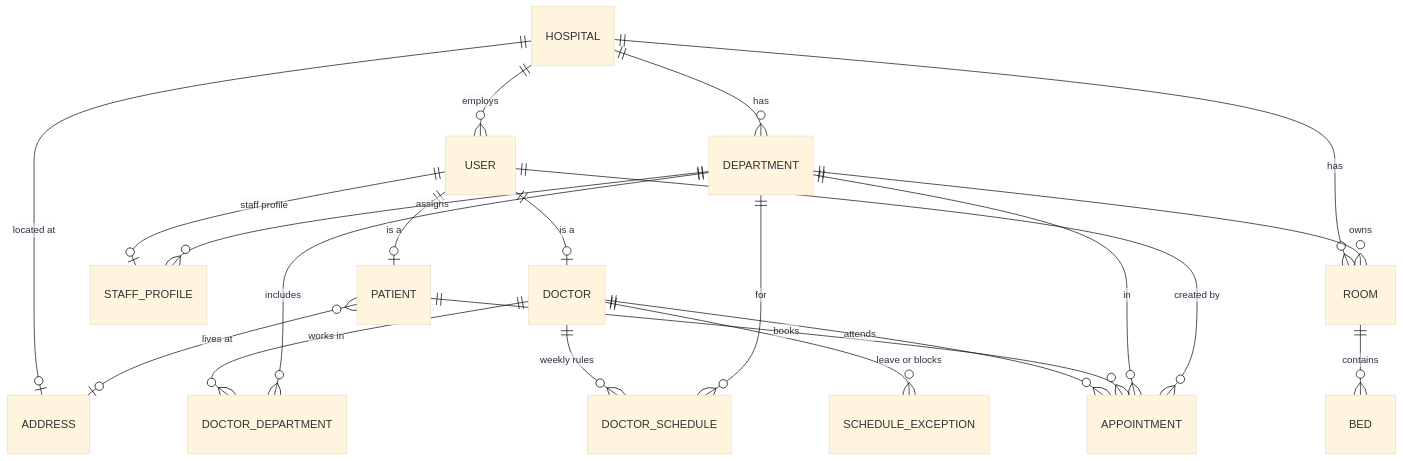
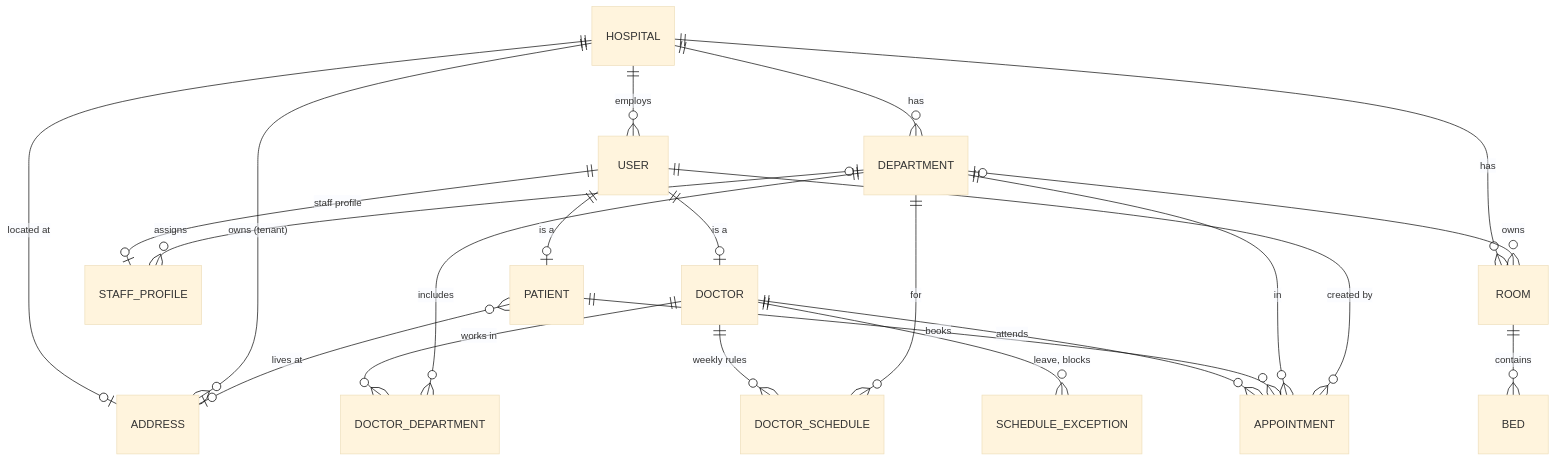
Before and after one commit to laharisrgupta06/MedCore-HMS: the first of 4 diagrams in docs/database-schema.md, drawn with Mermaid (base theme). The commit also changed other lines of this file and 3 other files, not shown here.

First line of the commit message:
feat(db): schema revision 2 - corrections, composite tenant keys, PRD gaps

````diff
--- a/docs/database-schema.md
+++ b/docs/database-schema.md
@@ -53,23 +104,24 @@
 ```mermaid
 erDiagram
   HOSPITAL ||--o| ADDRESS : "located at"
+  HOSPITAL ||--o{ ADDRESS : "owns (tenant)"
   HOSPITAL ||--o{ USER : employs
   HOSPITAL ||--o{ DEPARTMENT : has
   HOSPITAL ||--o{ ROOM : has
   ROOM ||--o{ BED : contains
-  DEPARTMENT ||--o{ ROOM : owns
+  DEPARTMENT |o--o{ ROOM : owns
   USER ||--o| STAFF_PROFILE : "staff profile"
   USER ||--o| DOCTOR : "is a"
   USER ||--o| PATIENT : "is a"
-  DEPARTMENT ||--o{ STAFF_PROFILE : assigns
+  DEPARTMENT |o--o{ STAFF_PROFILE : assigns
   DOCTOR ||--o{ DOCTOR_DEPARTMENT : "works in"
   DEPARTMENT ||--o{ DOCTOR_DEPARTMENT : includes
   PATIENT }o--o| ADDRESS : "lives at"
   DOCTOR ||--o{ DOCTOR_SCHEDULE : "weekly rules"
-  DOCTOR ||--o{ SCHEDULE_EXCEPTION : "leave or blocks"
-  DEPARTMENT ||--o{ DOCTOR_SCHEDULE : "for"
+  DOCTOR ||--o{ SCHEDULE_EXCEPTION : "leave, blocks"
+  DEPARTMENT ||--o{ DOCTOR_SCHEDULE : for
   DOCTOR ||--o{ APPOINTMENT : attends
   PATIENT ||--o{ APPOINTMENT : books
   DEPARTMENT ||--o{ APPOINTMENT : in
   USER ||--o{ APPOINTMENT : "created by"
 ```
````
